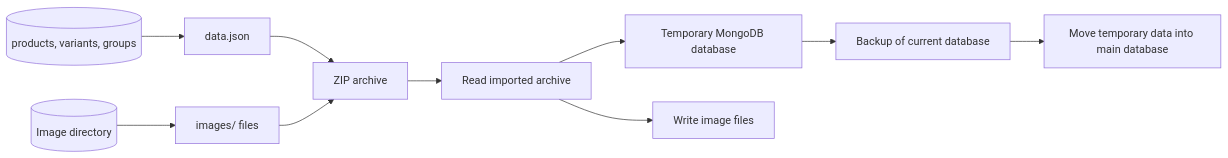
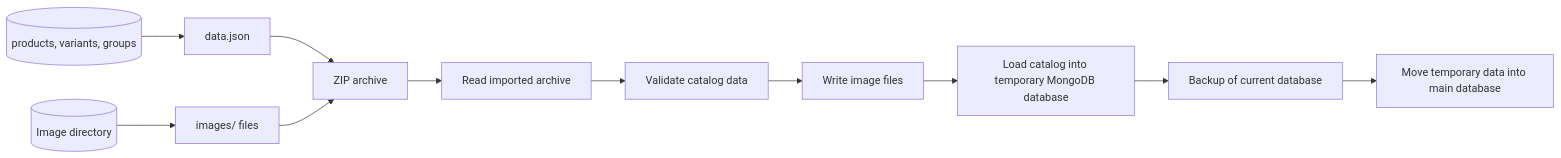
The third of 4 diagrams in docs/DATA-AND-WORKFLOWS.md (danikas2k2/rusys), drawn with Mermaid before and after one commit. The commit also changed other lines of this file and 16 other files, not shown here.

````diff
--- a/docs/DATA-AND-WORKFLOWS.md
+++ b/docs/DATA-AND-WORKFLOWS.md
@@ -151,12 +141,13 @@
 ```mermaid
 flowchart LR
     DB[(products, variants, groups)] --> Data["data.json"]
     Files[(Image directory)] --> ImageFiles["images/ files"]
     Data --> Zip[ZIP archive]
     ImageFiles --> Zip
     Zip --> Parse[Read imported archive]
-    Parse --> Temp[Temporary MongoDB database]
+    Parse --> Validate[Validate catalog data]
+    Validate --> WriteImages[Write image files]
+    WriteImages --> Temp[Load catalog into temporary MongoDB database]
     Temp --> Backup[Backup of current database]
     Backup --> Replace[Move temporary data into main database]
-    Parse --> WriteImages[Write image files]
 ```
````
